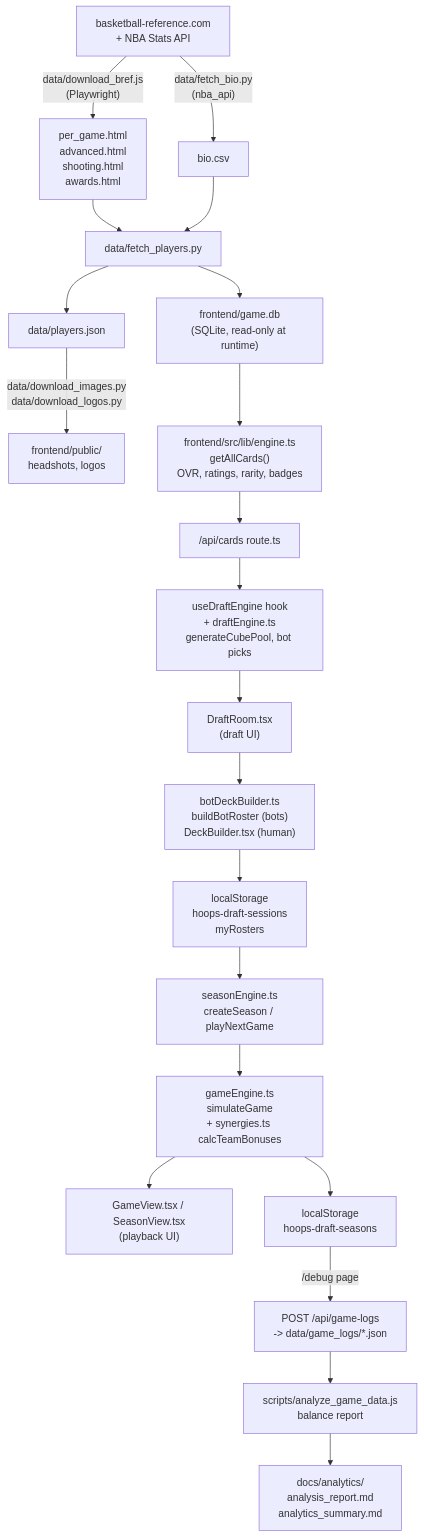
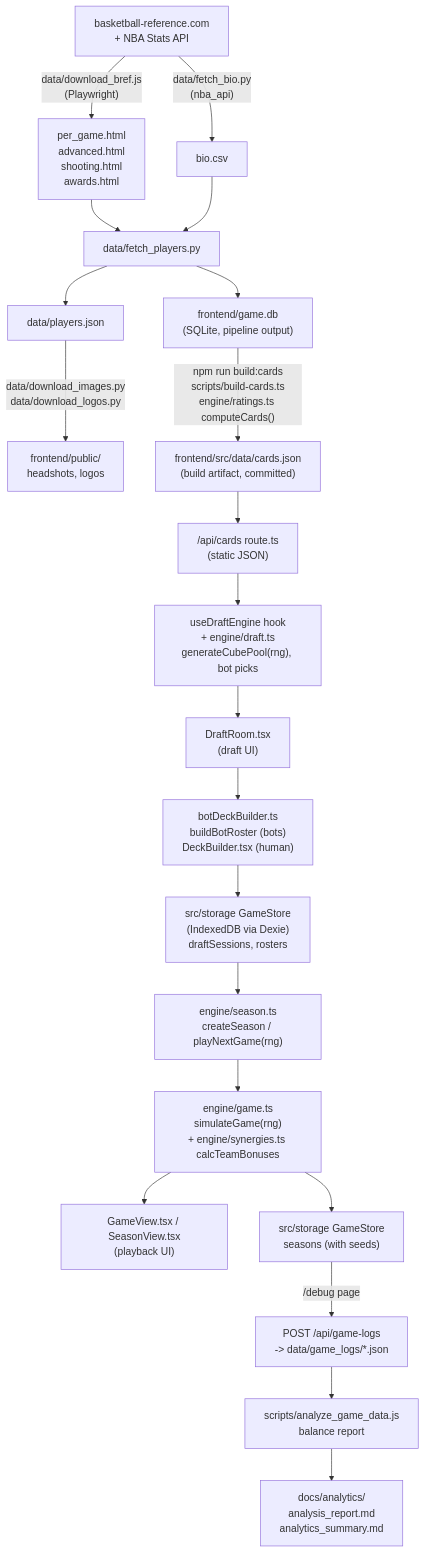
The diagram in docs/ARCHITECTURE.md (Fvnguyen/hoops-draft), drawn with Mermaid before and after one commit. The commit also changed other lines of this file and 21 other files, not shown here.

First line of the commit message:
refactor: Phase 1 wave 2 — UI on GameStore, key-driven migration, docs

````diff
--- a/docs/ARCHITECTURE.md
+++ b/docs/ARCHITECTURE.md
@@ -5,23 +5,23 @@
 ```mermaid
 flowchart TD
     A["basketball-reference.com\n+ NBA Stats API"] -->|"data/download_bref.js\n(Playwright)"| B["per_game.html\nadvanced.html\nshooting.html\nawards.html"]
     A -->|"data/fetch_bio.py\n(nba_api)"| C["bio.csv"]
     B --> D["data/fetch_players.py"]
     C --> D
-    D --> E["frontend/game.db\n(SQLite, read-only at runtime)"]
+    D --> E["frontend/game.db\n(SQLite, pipeline output)"]
     D --> F["data/players.json"]
     F -->|"data/download_images.py\ndata/download_logos.py"| G["frontend/public/\nheadshots, logos"]
-    E --> H["frontend/src/lib/engine.ts\ngetAllCards()\nOVR, ratings, rarity, badges"]
-    H --> I["/api/cards route.ts"]
-    I --> J["useDraftEngine hook\n+ draftEngine.ts\ngenerateCubePool, bot picks"]
+    E -->|"npm run build:cards\nscripts/build-cards.ts\nengine/ratings.ts computeCards()"| H["frontend/src/data/cards.json\n(build artifact, committed)"]
+    H --> I["/api/cards route.ts\n(static JSON)"]
+    I --> J["useDraftEngine hook\n+ engine/draft.ts\ngenerateCubePool(rng), bot picks"]
     J --> K["DraftRoom.tsx\n(draft UI)"]
     K --> L["botDeckBuilder.ts\nbuildBotRoster (bots)\nDeckBuilder.tsx (human)"]
-    L --> M["localStorage\nhoops-draft-sessions\nmyRosters"]
-    M --> N["seasonEngine.ts\ncreateSeason / playNextGame"]
-    N --> O["gameEngine.ts\nsimulateGame\n+ synergies.ts calcTeamBonuses"]
+    L --> M["src/storage GameStore\n(IndexedDB via Dexie)\ndraftSessions, rosters"]
+    M --> N["engine/season.ts\ncreateSeason / playNextGame(rng)"]
+    N --> O["engine/game.ts\nsimulateGame(rng)\n+ engine/synergies.ts calcTeamBonuses"]
     O --> P["GameView.tsx / SeasonView.tsx\n(playback UI)"]
-    O --> Q["localStorage\nhoops-draft-seasons"]
+    O --> Q["src/storage GameStore\nseasons (with seeds)"]
     Q -->|"/debug page"| R["POST /api/game-logs\n-> data/game_logs/*.json"]
     R --> S["scripts/analyze_game_data.js\nbalance report"]
     S --> T["docs/analytics/\nanalysis_report.md\nanalytics_summary.md"]
 ```
````
